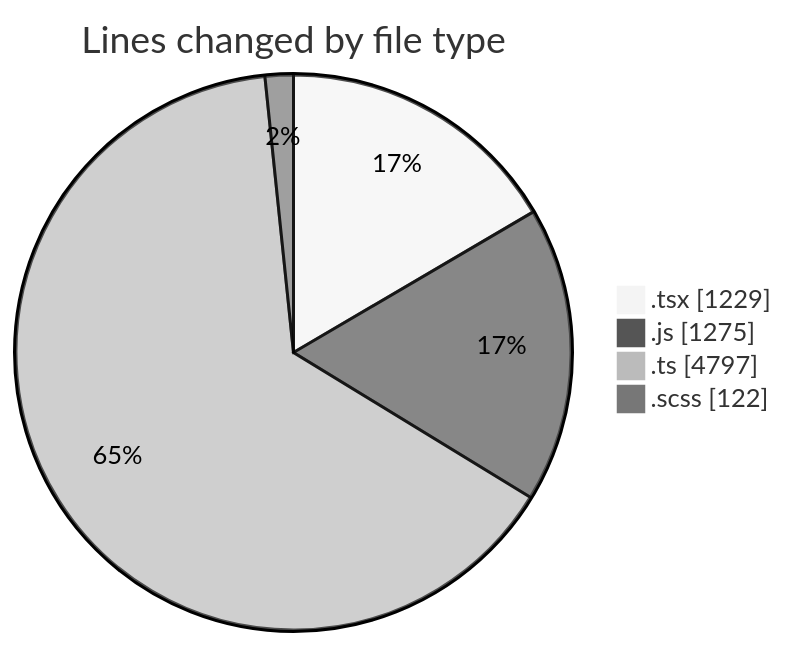
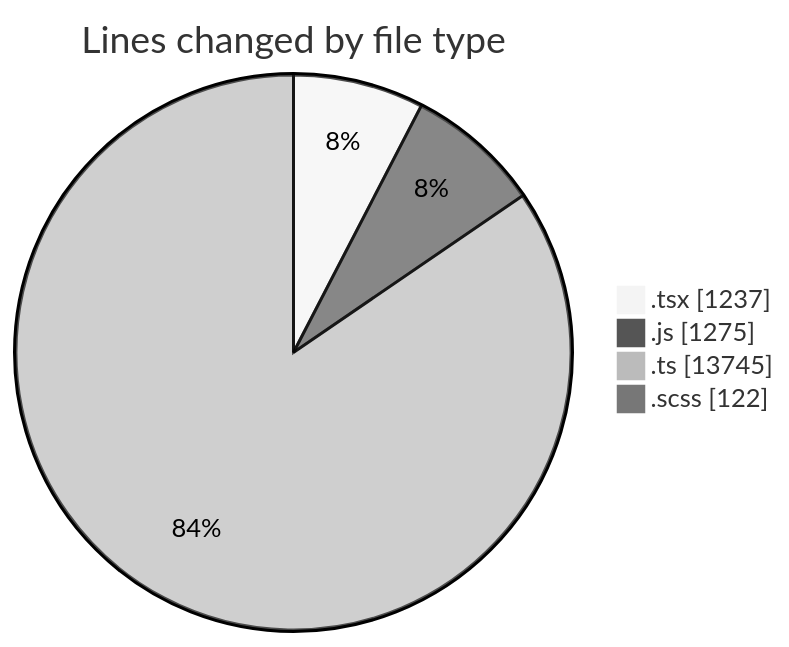
The first of 2 diagrams in 2026-08-17/cda/README.md (momahboobian/code-tracking), drawn with Mermaid (neutral theme) before and after one commit. The commit also changed other lines of this file and 1 other file, not shown here.

````diff
--- a/2026-08-17/cda/README.md
+++ b/2026-08-17/cda/README.md
@@ -42,8 +43,8 @@
 ```mermaid
 pie showData
 title Lines changed by file type
-".tsx" : 1229
+".tsx" : 1237
 ".js" : 1275
-".ts" : 4797
+".ts" : 13745
 ".scss" : 122
 ```
````
